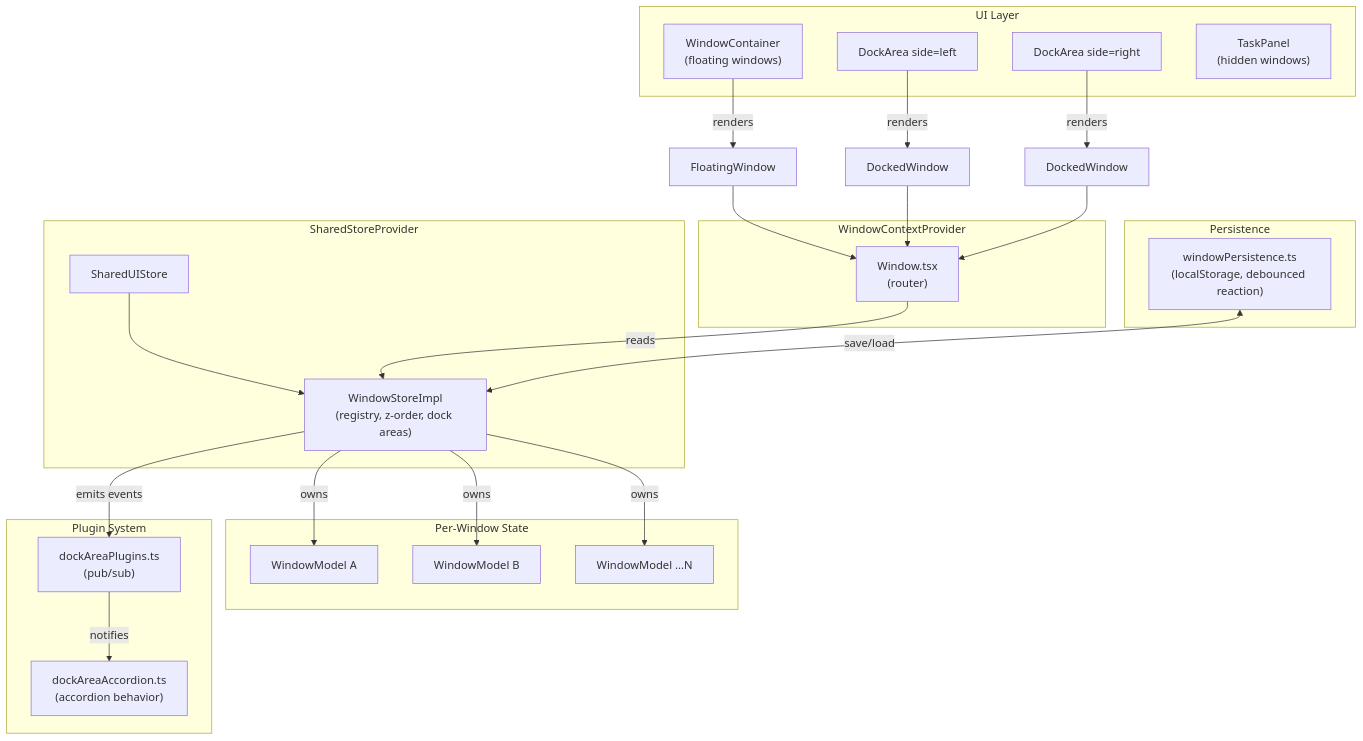
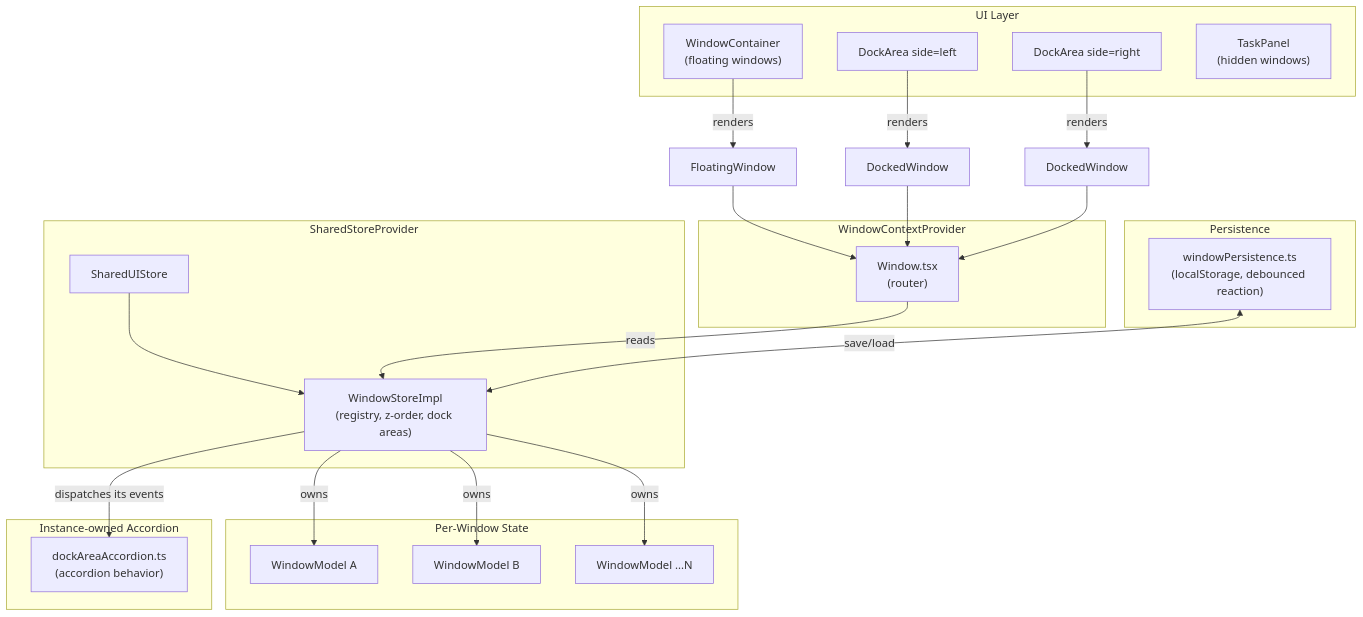
The first of 8 diagrams in src/routes/v2/WINDOWS.md (TangleML/tangle-ui), drawn with Mermaid before and after one commit. The commit also changed other lines of this file and 699 other files, not shown here.

````diff
--- a/src/routes/v2/WINDOWS.md
+++ b/src/routes/v2/WINDOWS.md
@@ -7,52 +7,50 @@
 ```mermaid
 flowchart TB
     subgraph provider ["SharedStoreProvider"]
         SharedUIStore["SharedUIStore"]
         WindowStoreImpl["WindowStoreImpl<br/>(registry, z-order, dock areas)"]
         SharedUIStore --> WindowStoreImpl
     end
 
     subgraph models ["Per-Window State"]
         WindowModel_A["WindowModel A"]
         WindowModel_B["WindowModel B"]
         WindowModel_N["WindowModel ...N"]
     end
 
     WindowStoreImpl -->|"owns"| WindowModel_A
     WindowStoreImpl -->|"owns"| WindowModel_B
     WindowStoreImpl -->|"owns"| WindowModel_N
 
     subgraph ui ["UI Layer"]
         WindowContainer["WindowContainer<br/>(floating windows)"]
         DockAreaLeft["DockArea side=left"]
         DockAreaRight["DockArea side=right"]
         TaskPanel["TaskPanel<br/>(hidden windows)"]
     end
 
     WindowContainer -->|"renders"| FloatingWindow
     DockAreaLeft -->|"renders"| DockedWindow_L["DockedWindow"]
     DockAreaRight -->|"renders"| DockedWindow_R["DockedWindow"]
 
     subgraph context ["WindowContextProvider"]
         Window["Window.tsx<br/>(router)"]
     end
 
     FloatingWindow --> Window
     DockedWindow_L --> Window
     DockedWindow_R --> Window
     Window -->|"reads"| WindowStoreImpl
 
     subgraph persistence ["Persistence"]
         windowPersistence["windowPersistence.ts<br/>(localStorage, debounced reaction)"]
     end
 
     windowPersistence <-->|"save/load"| WindowStoreImpl
 
-    subgraph plugins ["Plugin System"]
-        dockAreaPlugins["dockAreaPlugins.ts<br/>(pub/sub)"]
+    subgraph accordion ["Instance-owned Accordion"]
         dockAreaAccordion["dockAreaAccordion.ts<br/>(accordion behavior)"]
     end
 
-    WindowStoreImpl -->|"emits events"| dockAreaPlugins
-    dockAreaPlugins -->|"notifies"| dockAreaAccordion
+    WindowStoreImpl -->|"dispatches its events"| dockAreaAccordion
 ```
````
